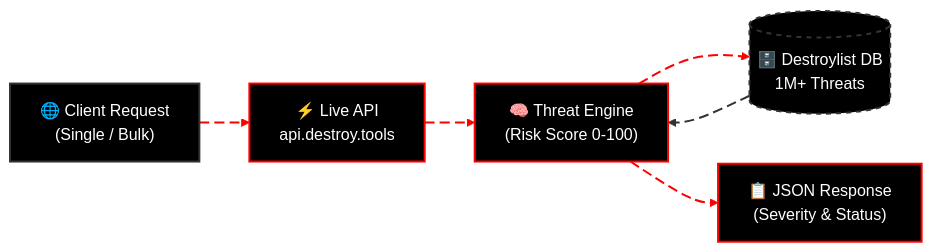
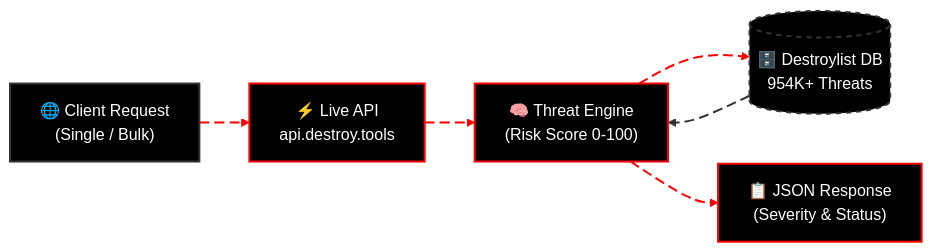
Before and after one commit to phishdestroy/destroylist: the first of 3 diagrams in README.md, drawn with Mermaid. The commit also changed other lines of this file and 2 other files, not shown here.

````diff
--- a/README.md
+++ b/README.md
@@ -151,21 +151,21 @@
 ```mermaid
 %%{init: {"theme":"base", "themeVariables": { "background": "transparent", "mainBkg": "#000000", "primaryColor": "#000000", "primaryTextColor": "#FFFFFF", "primaryBorderColor": "#FF0000", "lineColor": "#FF0000", "secondaryColor": "#111111", "tertiaryColor": "#111111", "fontFamily": "Inter, system-ui, sans-serif"}, "flowchart": {"curve": "basis", "htmlLabels": true}}}%%
 flowchart LR
   Request["🌐 Client Request<br/>(Single / Bulk)"] e1@--> API["⚡ Live API<br/>api.destroy.tools"]
   API e2@--> Engine["🧠 Threat Engine<br/>(Risk Score 0-100)"]
-  Engine e3@--> DB[("🗄️ Destroylist DB<br/>1M+ Threats")]
+  Engine e3@--> DB[("🗄️ Destroylist DB<br/>954K+ Threats")]
   DB e4@--> Engine
   Engine e5@--> Response["📋 JSON Response<br/>(Severity & Status)"]
 
   classDef client fill:#000000,stroke:#333333,stroke-width:2px,color:#FFFFFF;
   classDef api fill:#000000,stroke:#FF0000,stroke-width:2px,color:#FFFFFF;
   classDef db fill:#000000,stroke:#333333,stroke-width:2px,stroke-dasharray: 5 5,color:#FFFFFF;
   classDef animate stroke:#FF0000,stroke-width:2px,stroke-dasharray:10 5,stroke-dashoffset:900,animation:dash 22s linear infinite;
   classDef animateDark stroke:#333333,stroke-width:2px,stroke-dasharray:10 5,stroke-dashoffset:900,animation:dash 22s linear infinite;
 
   class Request client;
   class API,Engine,Response api;
   class DB db;
   class e1,e2,e3,e5 animate;
   class e4 animateDark;
 ```
````
